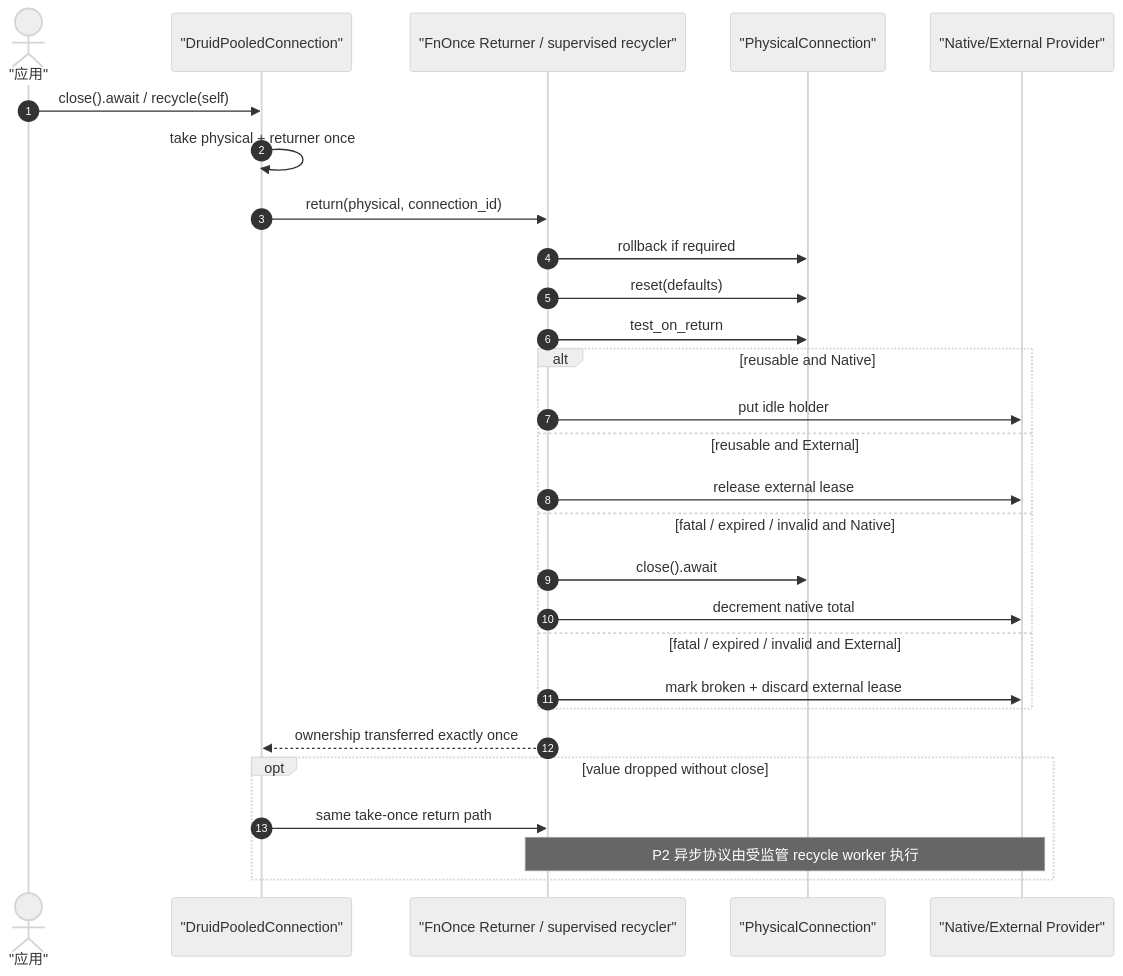
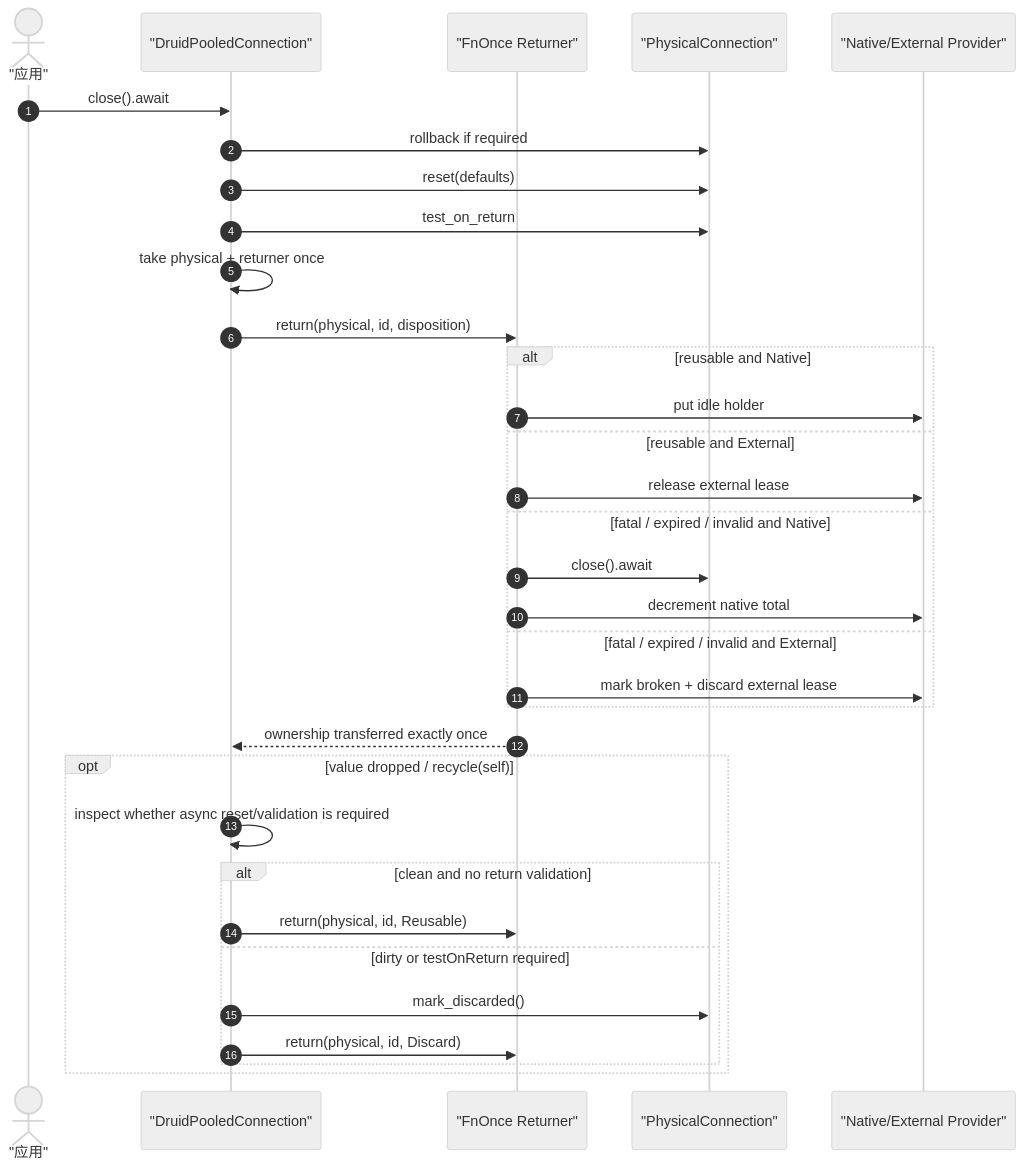
Before and after one commit to easy-4-rust/druid-rust: the sixth of 8 diagrams in doc/migration/5、连接抽象与驱动适配架构.md, drawn with Mermaid (neutral theme). The commit also changed other lines of this file and 90 other files, not shown here.

First line of the commit message:
docs(migration): 更新迁移路线图文档

````diff
--- a/doc/migration/5、连接抽象与驱动适配架构.md
+++ b/doc/migration/5、连接抽象与驱动适配架构.md
@@ -521,32 +603,37 @@
 ```mermaid
 sequenceDiagram
     autonumber
     actor App as "应用"
     participant Pooled as "DruidPooledConnection"
-    participant Returner as "FnOnce Returner / supervised recycler"
+    participant Returner as "FnOnce Returner"
     participant Physical as "PhysicalConnection"
     participant Provider as "Native/External Provider"
 
-    App->>Pooled: close().await / recycle(self)
+    App->>Pooled: close().await
+    Pooled->>Physical: rollback if required
+    Pooled->>Physical: reset(defaults)
+    Pooled->>Physical: test_on_return
     Pooled->>Pooled: take physical + returner once
-    Pooled->>Returner: return(physical, connection_id)
-    Returner->>Physical: rollback if required
-    Returner->>Physical: reset(defaults)
-    Returner->>Physical: test_on_return
+    Pooled->>Returner: return(physical, id, disposition)
     alt reusable and Native
         Returner->>Provider: put idle holder
     else reusable and External
         Returner->>Provider: release external lease
     else fatal / expired / invalid and Native
         Returner->>Physical: close().await
         Returner->>Provider: decrement native total
     else fatal / expired / invalid and External
         Returner->>Provider: mark broken + discard external lease
     end
     Returner-->>Pooled: ownership transferred exactly once
 
-    opt value dropped without close
-        Pooled->>Returner: same take-once return path
-        Note over Returner,Provider: P2 异步协议由受监管 recycle worker 执行
+    opt value dropped / recycle(self)
+        Pooled->>Pooled: inspect whether async reset/validation is required
+        alt clean and no return validation
+            Pooled->>Returner: return(physical, id, Reusable)
+        else dirty or testOnReturn required
+            Pooled->>Physical: mark_discarded()
+            Pooled->>Returner: return(physical, id, Discard)
+        end
     end
 ```
````
